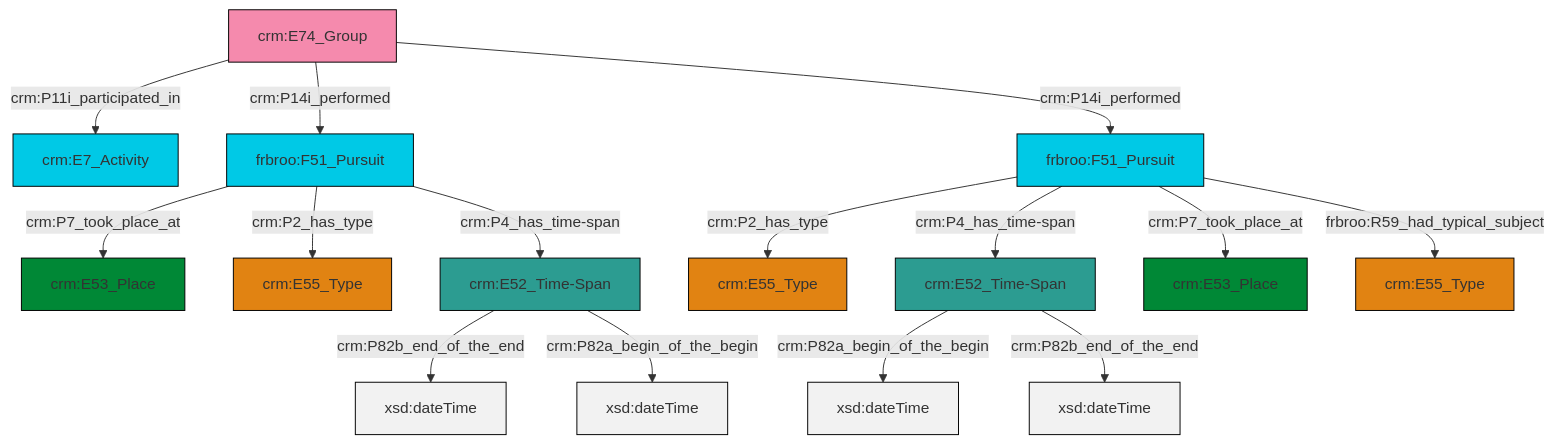
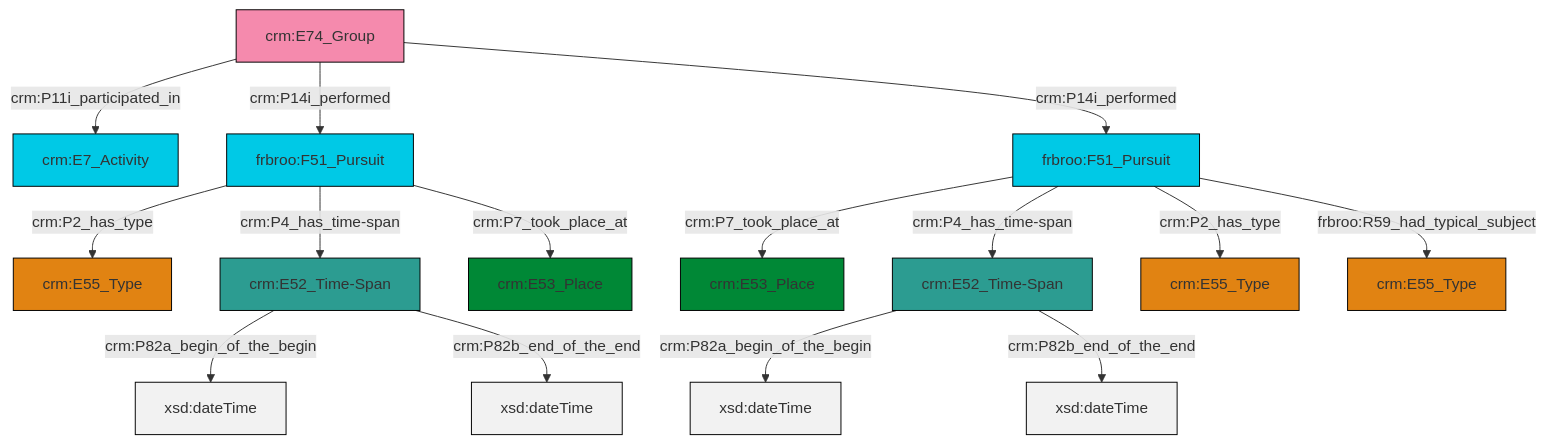
Before and after one commit to swiss-art-research-net/docs.swissartresearch: the diagram in et/groupCSV/ttl/mmd/group_events.ttl.mmd, drawn with Mermaid. The commit also changed 174 other files, not shown here.

```diff
--- a/et/groupCSV/ttl/mmd/group_events.ttl.mmd
+++ b/et/groupCSV/ttl/mmd/group_events.ttl.mmd
@@ -1,29 +1,29 @@
 graph TD
 classDef Literal fill:#f2f2f2,stroke:#000000;
 classDef CRM_Entity fill:#FFFFFF,stroke:#000000;
 classDef Temporal_Entity fill:#00C9E6, stroke:#000000;
 classDef Type fill:#E18312, stroke:#000000;
 classDef Time-Span fill:#2C9C91, stroke:#000000;
 classDef Appellation fill:#FFEB7F, stroke:#000000;
 classDef Place fill:#008836, stroke:#000000;
 classDef Persistent_Item fill:#B266B2, stroke:#000000;
 classDef Conceptual_Object fill:#FFD700, stroke:#000000;
 classDef Physical_Thing fill:#D2B48C, stroke:#000000;
 classDef Actor fill:#f58aad, stroke:#000000;
 classDef PC_Classes fill:#4ce600, stroke:#000000;
 classDef Multi fill:#cccccc,stroke:#000000;
 
-0["frbroo:F51_Pursuit"]:::Temporal_Entity -->|crm:P7_took_place_at| 1["crm:E53_Place"]:::Place
-2["frbroo:F51_Pursuit"]:::Temporal_Entity -->|crm:P2_has_type| 3["crm:E55_Type"]:::Type
-2["frbroo:F51_Pursuit"]:::Temporal_Entity -->|crm:P4_has_time-span| 6["crm:E52_Time-Span"]:::Time-Span
-7["crm:E74_Group"]:::Actor -->|crm:P11i_participated_in| 8["crm:E7_Activity"]:::Temporal_Entity
-0["frbroo:F51_Pursuit"]:::Temporal_Entity -->|crm:P2_has_type| 9["crm:E55_Type"]:::Type
-0["frbroo:F51_Pursuit"]:::Temporal_Entity -->|crm:P4_has_time-span| 10["crm:E52_Time-Span"]:::Time-Span
-10["crm:E52_Time-Span"]:::Time-Span -->|crm:P82b_end_of_the_end| 12[xsd:dateTime]:::Literal
-7["crm:E74_Group"]:::Actor -->|crm:P14i_performed| 0["frbroo:F51_Pursuit"]:::Temporal_Entity
-6["crm:E52_Time-Span"]:::Time-Span -->|crm:P82a_begin_of_the_begin| 18[xsd:dateTime]:::Literal
-2["frbroo:F51_Pursuit"]:::Temporal_Entity -->|crm:P7_took_place_at| 21["crm:E53_Place"]:::Place
-2["frbroo:F51_Pursuit"]:::Temporal_Entity -->|frbroo:R59_had_typical_subject| 16["crm:E55_Type"]:::Type
-7["crm:E74_Group"]:::Actor -->|crm:P14i_performed| 2["frbroo:F51_Pursuit"]:::Temporal_Entity
-6["crm:E52_Time-Span"]:::Time-Span -->|crm:P82b_end_of_the_end| 24[xsd:dateTime]:::Literal
-10["crm:E52_Time-Span"]:::Time-Span -->|crm:P82a_begin_of_the_begin| 27[xsd:dateTime]:::Literal
+4["crm:E74_Group"]:::Actor -->|crm:P11i_participated_in| 5["crm:E7_Activity"]:::Temporal_Entity
+6["crm:E52_Time-Span"]:::Time-Span -->|crm:P82a_begin_of_the_begin| 9[xsd:dateTime]:::Literal
+10["crm:E52_Time-Span"]:::Time-Span -->|crm:P82a_begin_of_the_begin| 11[xsd:dateTime]:::Literal
+4["crm:E74_Group"]:::Actor -->|crm:P14i_performed| 12["frbroo:F51_Pursuit"]:::Temporal_Entity
+6["crm:E52_Time-Span"]:::Time-Span -->|crm:P82b_end_of_the_end| 13[xsd:dateTime]:::Literal
+14["frbroo:F51_Pursuit"]:::Temporal_Entity -->|crm:P7_took_place_at| 15["crm:E53_Place"]:::Place
+14["frbroo:F51_Pursuit"]:::Temporal_Entity -->|crm:P4_has_time-span| 10["crm:E52_Time-Span"]:::Time-Span
+4["crm:E74_Group"]:::Actor -->|crm:P14i_performed| 14["frbroo:F51_Pursuit"]:::Temporal_Entity
+14["frbroo:F51_Pursuit"]:::Temporal_Entity -->|crm:P2_has_type| 19["crm:E55_Type"]:::Type
+12["frbroo:F51_Pursuit"]:::Temporal_Entity -->|crm:P2_has_type| 16["crm:E55_Type"]:::Type
+10["crm:E52_Time-Span"]:::Time-Span -->|crm:P82b_end_of_the_end| 22[xsd:dateTime]:::Literal
+12["frbroo:F51_Pursuit"]:::Temporal_Entity -->|crm:P4_has_time-span| 6["crm:E52_Time-Span"]:::Time-Span
+14["frbroo:F51_Pursuit"]:::Temporal_Entity -->|frbroo:R59_had_typical_subject| 0["crm:E55_Type"]:::Type
+12["frbroo:F51_Pursuit"]:::Temporal_Entity -->|crm:P7_took_place_at| 2["crm:E53_Place"]:::Place
```
